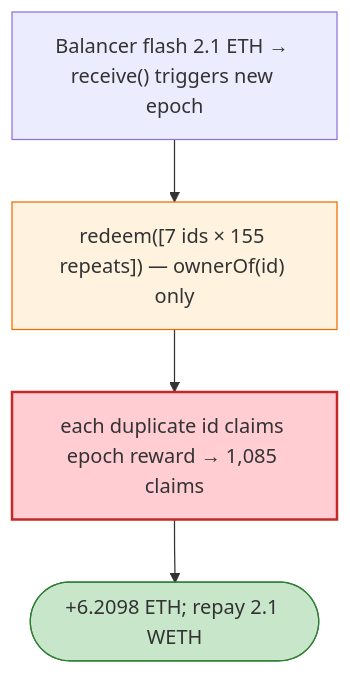
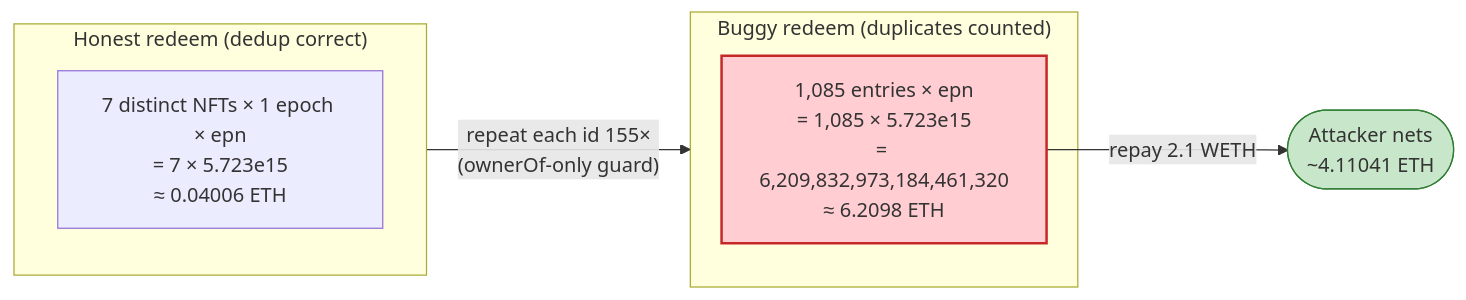
The fourth of 4 diagrams in 2026-04-XLootStaking_exp/XLootStaking_exp.md (sanbir/evm-hack-registry), drawn with Mermaid before and after one commit. The commit also changed other lines of this file and 32 other files, not shown here.

````diff
--- a/2026-04-XLootStaking_exp/XLootStaking_exp.md
+++ b/2026-04-XLootStaking_exp/XLootStaking_exp.md
@@ -42,10 +406,14 @@
 ```mermaid
-flowchart TD
-    FL["Balancer flash 2.1 ETH → receive() triggers new epoch"] --> R["redeem([7 ids × 155 repeats]) — ownerOf(id) only"]
-    R --> C["each duplicate id claims epoch reward → 1,085 claims"]
-    C --> OUT(["+6.2098 ETH; repay 2.1 WETH"])
+flowchart LR
+    subgraph Honest["Honest redeem (dedup correct)"]
+        H["7 distinct NFTs × 1 epoch × epn<br/>= 7 × 5.723e15<br/>≈ 0.04006 ETH"]
+    end
+    subgraph Bug["Buggy redeem (duplicates counted)"]
+        Bx["1,085 entries × epn<br/>= 1,085 × 5.723e15<br/>= 6,209,832,973,184,461,320<br/>≈ 6.2098 ETH"]
+    end
+    Honest -->|"repeat each id 155×<br/>(ownerOf-only guard)"| Bug
+    Bx -->|"repay 2.1 WETH"| Profit(["Attacker nets<br/>~4.11041 ETH"])
 
-    style R fill:#fff3e0,stroke:#ef6c00
-    style C fill:#ffcdd2,stroke:#c62828,stroke-width:2px
-    style OUT fill:#c8e6c9,stroke:#2e7d32
+    style Bx fill:#ffcdd2,stroke:#c62828,stroke-width:2px
+    style Profit fill:#c8e6c9,stroke:#2e7d32
 ```
````
